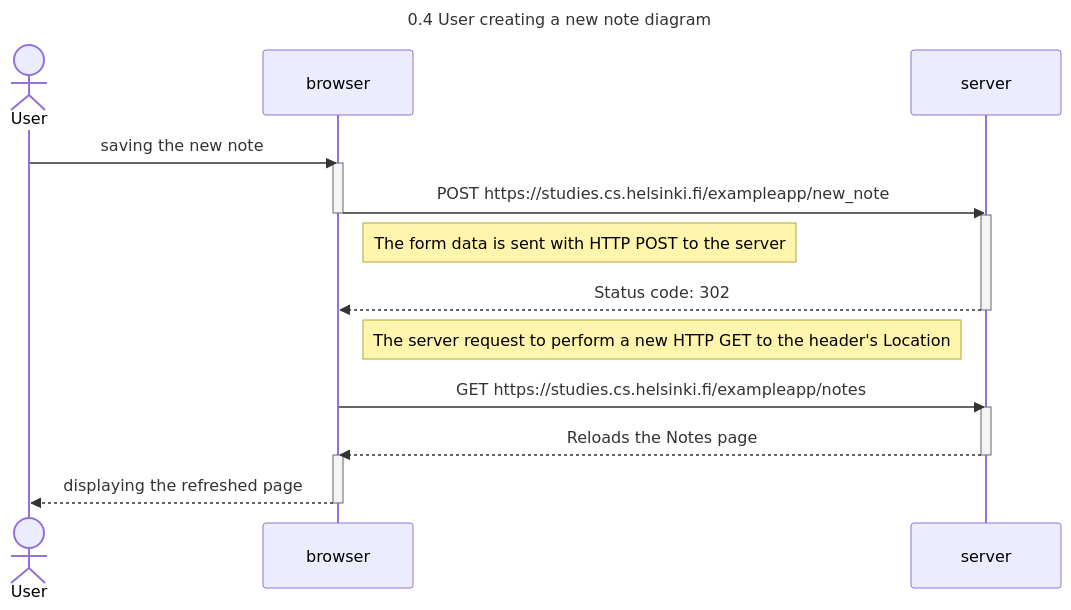
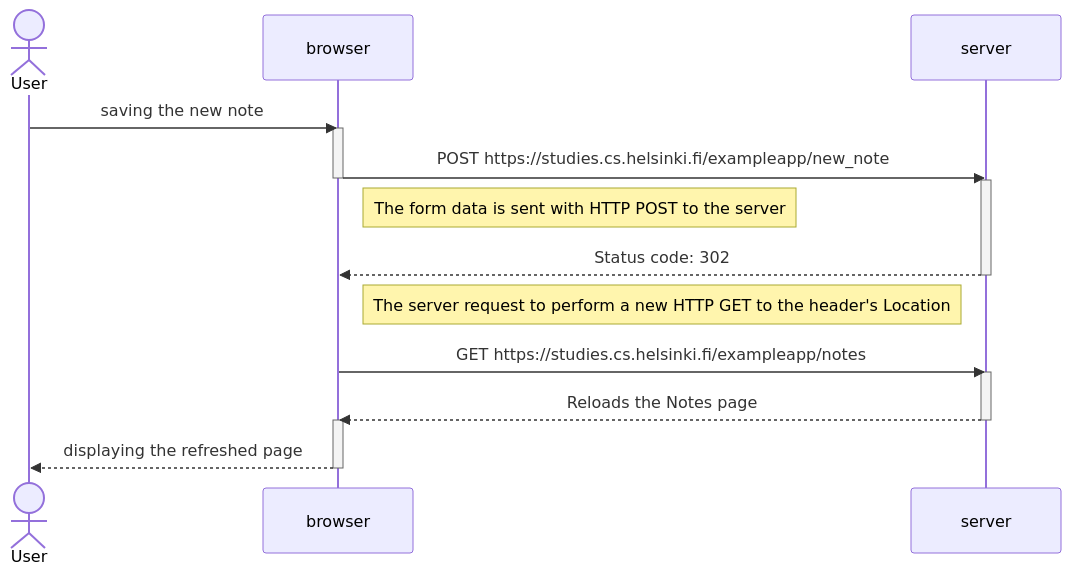
Before and after one commit to lumuellelumelay/full_stack_open: the first of 3 diagrams in README.md, drawn with Mermaid. The commit also changed other lines of this file, not shown here.

Commit message:
README.md

````diff
--- a/README.md
+++ b/README.md
@@ -3,31 +4,28 @@
 ```mermaid
----
-title: 0.4 User creating a new note diagram
----
 sequenceDiagram
     actor User
     participant browser
     participant server
 
     User->>browser: saving the new note
     activate browser
     browser->>server: POST https://studies.cs.helsinki.fi/exampleapp/new_note
     deactivate browser
 
     activate server
     Note right of browser: The form data is sent with HTTP POST to the server
 
     server-->>browser: Status code: 302
     deactivate server
 
     Note right of browser: The server request to perform a new HTTP GET to the header's Location
     browser->>server: GET https://studies.cs.helsinki.fi/exampleapp/notes
 
     activate server
     server-->>browser: Reloads the Notes page
     deactivate server
 
     activate browser
     browser-->>User: displaying the refreshed page
     deactivate browser
 ```
````
